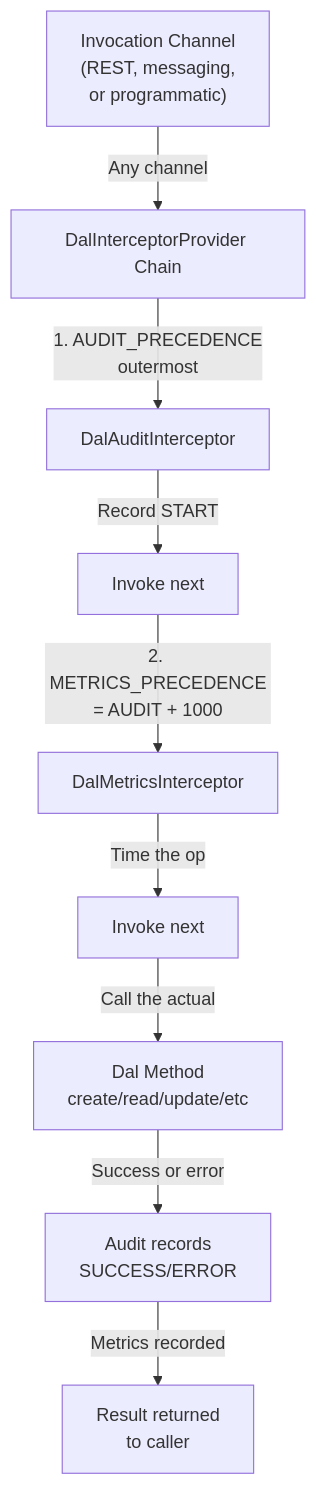
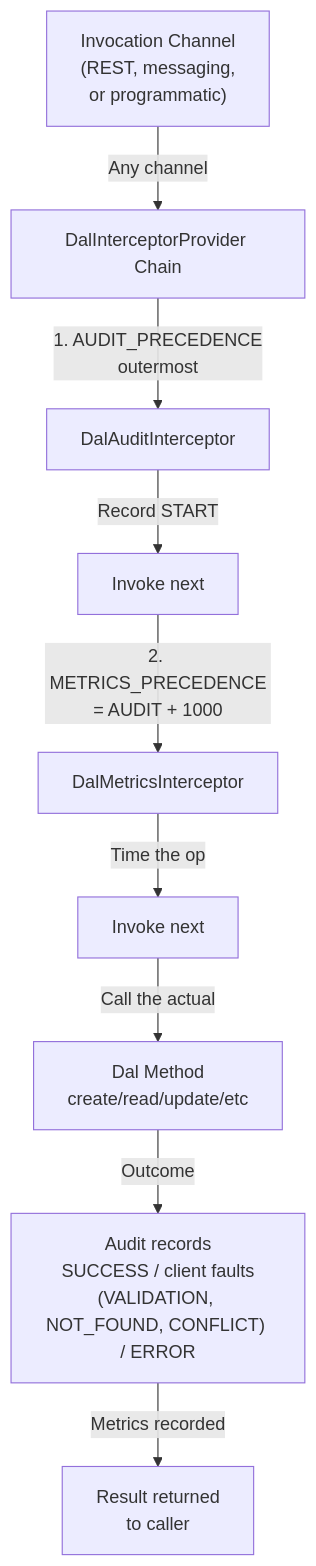
The fourth of 8 diagrams in docs/architecture.md (marcopag90/telaio), drawn with Mermaid before and after one commit. The commit also changed 3 other files, not shown here.

````diff
--- a/docs/architecture.md
+++ b/docs/architecture.md
@@ -152,11 +152,11 @@
 ```mermaid
 graph TD
     A["Invocation Channel<br/>(REST, messaging,<br/>or programmatic)"] -->|Any channel| B["DalInterceptorProvider Chain"]
     B -->|1. AUDIT_PRECEDENCE<br/>outermost| C["DalAuditInterceptor"]
     C -->|Record START| D["Invoke next"]
     D -->|2. METRICS_PRECEDENCE<br/>= AUDIT + 1000| E["DalMetricsInterceptor"]
     E -->|Time the op| F["Invoke next"]
     F -->|Call the actual| G["Dal Method<br/>create/read/update/etc"]
-    G -->|Success or error| H["Audit records<br/>SUCCESS/ERROR"]
+    G -->|Outcome| H["Audit records<br/>SUCCESS / client faults<br/>(VALIDATION, NOT_FOUND, CONFLICT) / ERROR"]
     H -->|Metrics recorded| I["Result returned<br/>to caller"]
 ```
````
